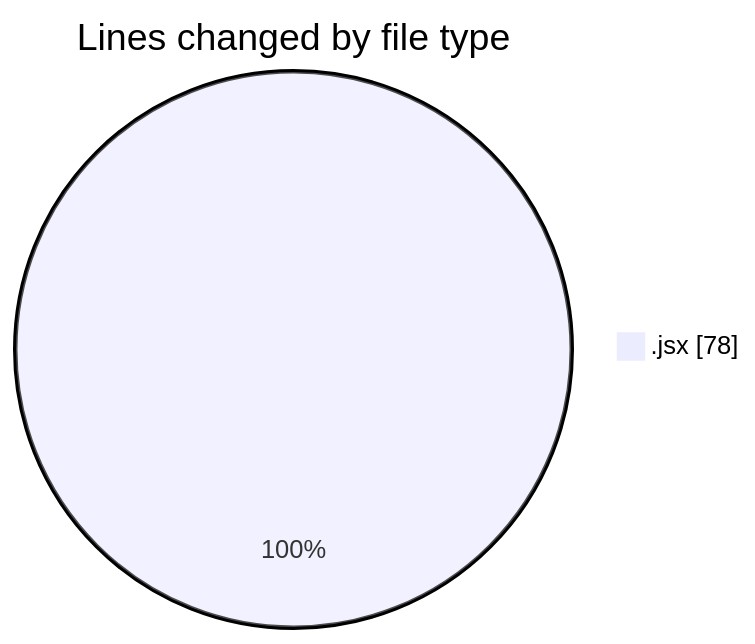
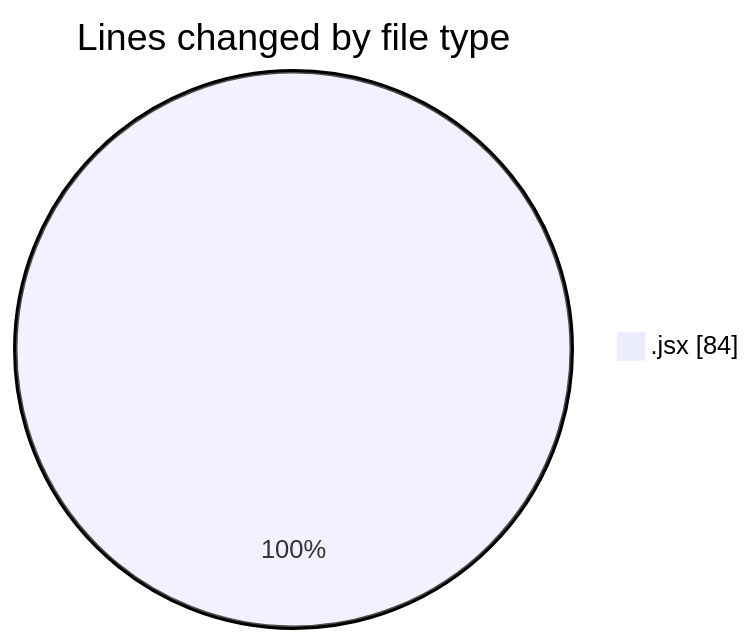
One commit to momahboobian/code-tracking changed the first of 2 diagrams in 2026-02-12/cda/README.md. Above: the diagram before and after it, drawn with Mermaid. The commit also changed other lines of this file and 1 other file, not shown here.

````diff
--- a/2026-02-12/cda/README.md
+++ b/2026-02-12/cda/README.md
@@ -20,5 +20,5 @@
 ```mermaid
 pie showData
 title Lines changed by file type
-".jsx" : 78
+".jsx" : 84
 ```
````
